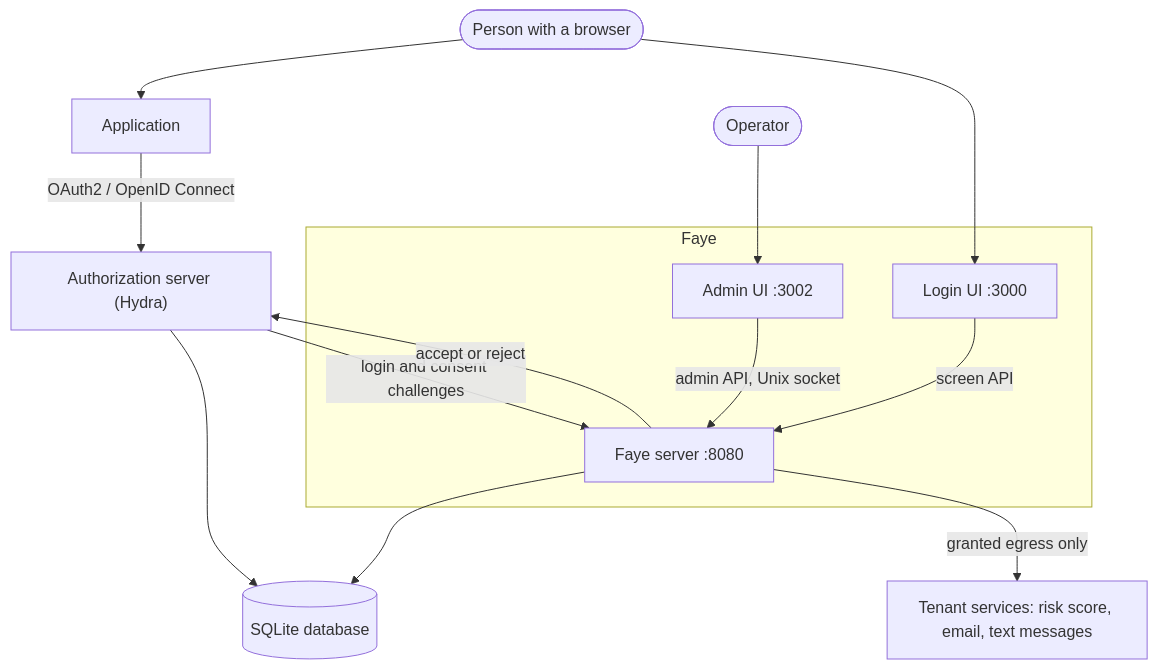
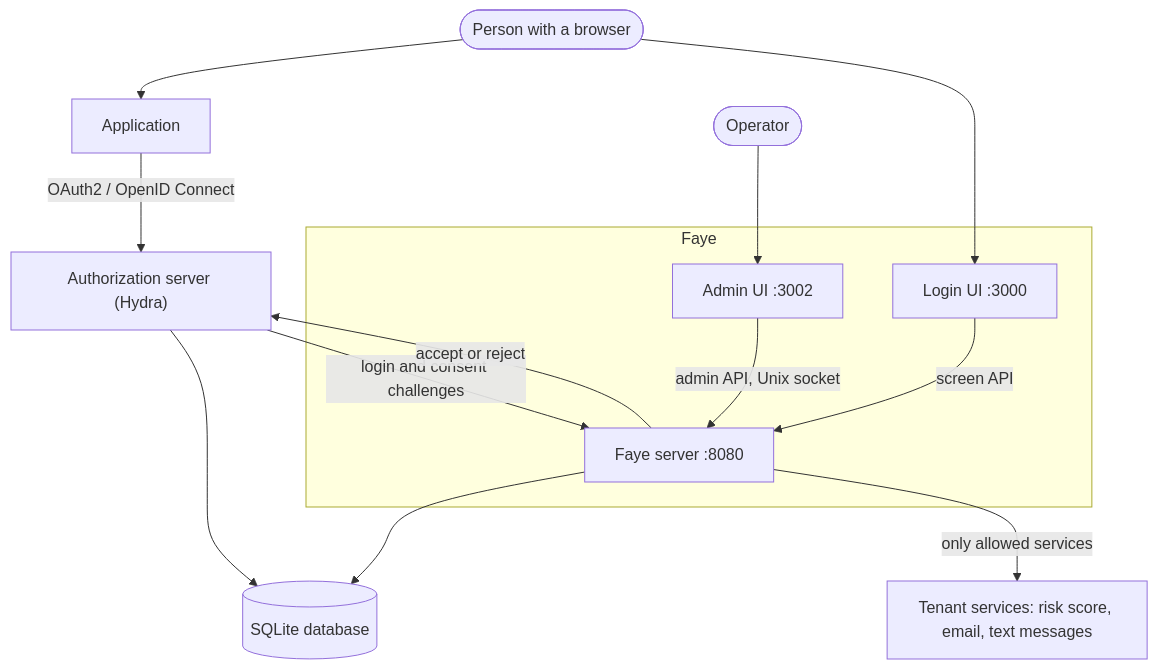
Before and after one commit to jwuxan/faye: the first of 4 diagrams in docs/understand/architecture.md, drawn with Mermaid. The commit also changed other lines of this file and 14 other files, not shown here.

````diff
--- a/docs/understand/architecture.md
+++ b/docs/understand/architecture.md
@@ -13,26 +13,26 @@
 ```mermaid
 flowchart TB
   Person(["Person with a browser"])
   App["Application"]
   AS["Authorization server (Hydra)"]
   subgraph Faye
     Login["Login UI :3000"]
     Server["Faye server :8080"]
     Admin["Admin UI :3002"]
   end
   DB[("SQLite database")]
   Ext["Tenant services: risk score, email, text messages"]
   Operator(["Operator"])
 
   Person --> App
   Person --> Login
   App -- "OAuth2 / OpenID Connect" --> AS
   AS -- "login and consent challenges" --> Server
   Login -- "screen API" --> Server
   Server -- "accept or reject" --> AS
   Operator --> Admin
   Admin -- "admin API, Unix socket" --> Server
   Server --> DB
   AS --> DB
-  Server -- "granted egress only" --> Ext
+  Server -- "only allowed services" --> Ext
 ```
````
